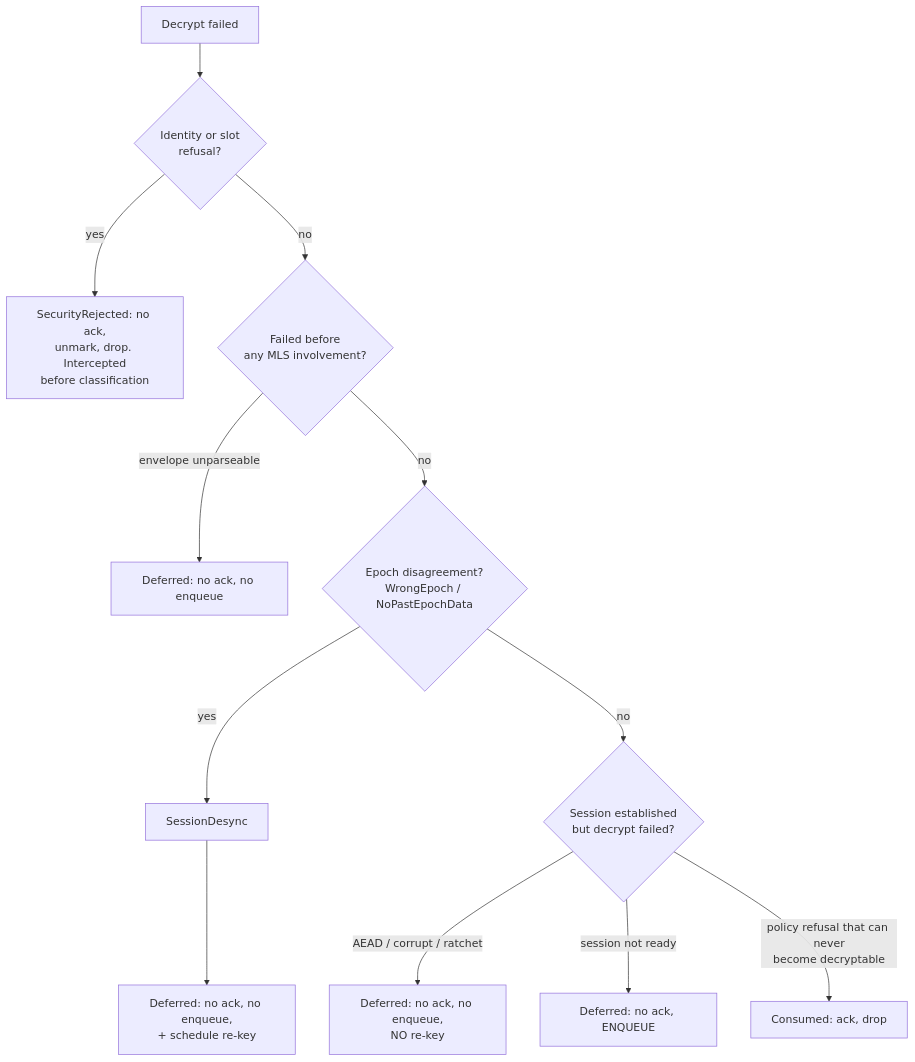
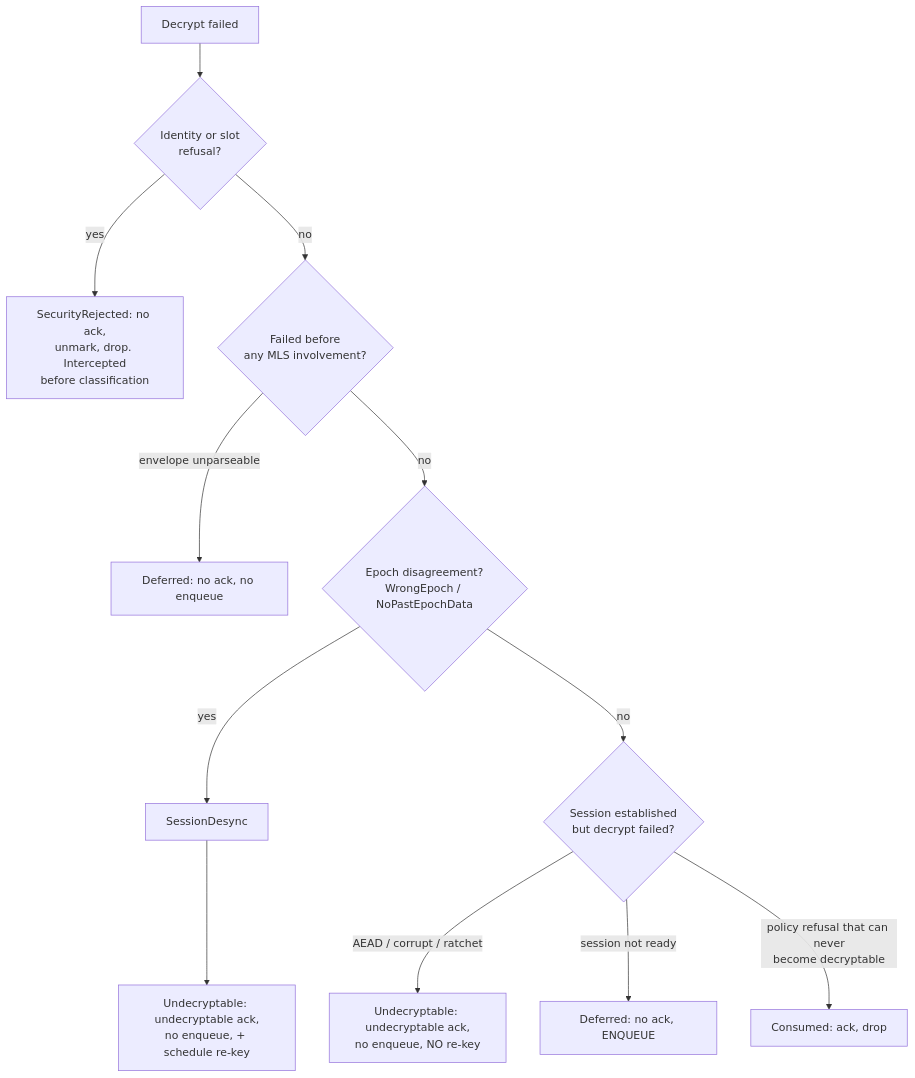
Before and after one commit to Offline-Protocol/offline-protocol-sdk: the second of 2 diagrams in docs/state-machines/delivery-and-acks.md, drawn with Mermaid. The commit also changed other lines of this file and 33 other files, not shown here.

````diff
--- a/docs/state-machines/delivery-and-acks.md
+++ b/docs/state-machines/delivery-and-acks.md
@@ -188,14 +189,14 @@
 ```mermaid
 flowchart TD
     F[Decrypt failed] --> S{Identity or slot<br/>refusal?}
     S -->|yes| SR[SecurityRejected: no ack,<br/>unmark, drop. Intercepted<br/>before classification]
     S -->|no| P{Failed before<br/>any MLS involvement?}
     P -->|envelope unparseable| D1[Deferred: no ack, no enqueue]
     P -->|no| E{Epoch disagreement?<br/>WrongEpoch / NoPastEpochData}
     E -->|yes| SD[SessionDesync]
-    SD --> D2[Deferred: no ack, no enqueue,<br/>+ schedule re-key]
+    SD --> D2[Undecryptable: undecryptable ack,<br/>no enqueue, + schedule re-key]
     E -->|no| C{Session established<br/>but decrypt failed?}
-    C -->|AEAD / corrupt / ratchet| D3[Deferred: no ack, no enqueue,<br/>NO re-key]
+    C -->|AEAD / corrupt / ratchet| D3[Undecryptable: undecryptable ack,<br/>no enqueue, NO re-key]
     C -->|session not ready| D4[Deferred: no ack, ENQUEUE]
     C -->|policy refusal that can never<br/>become decryptable| K[Consumed: ack, drop]
 ```
````
